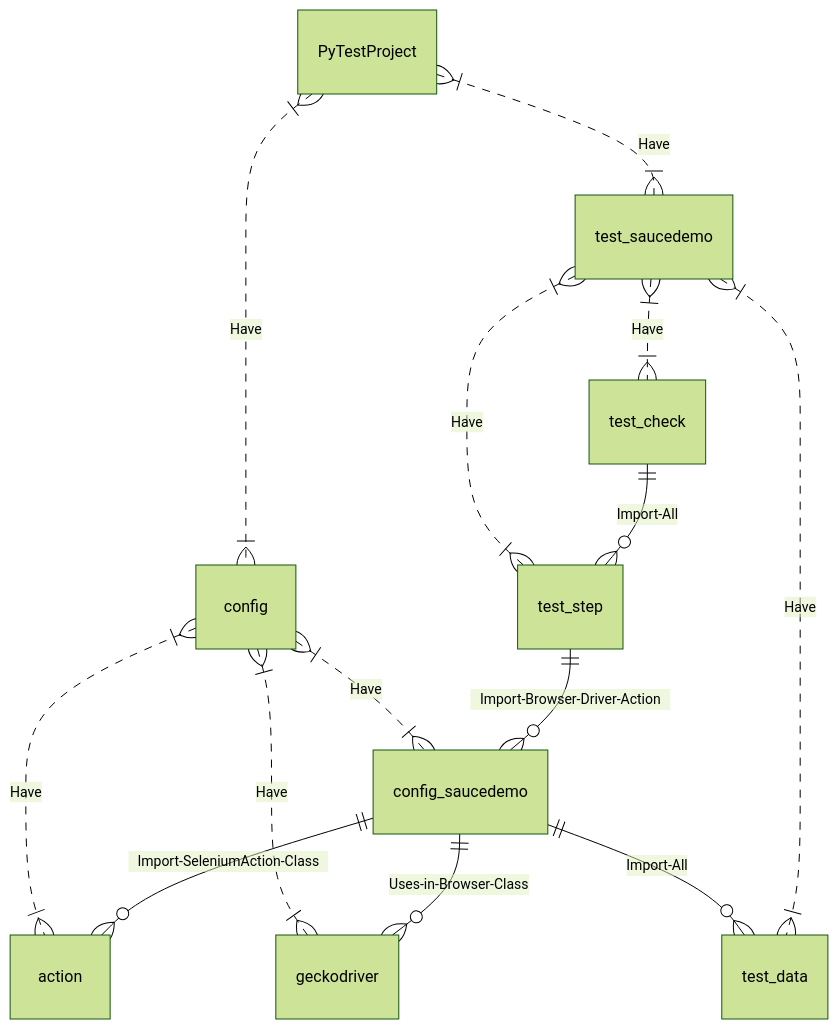
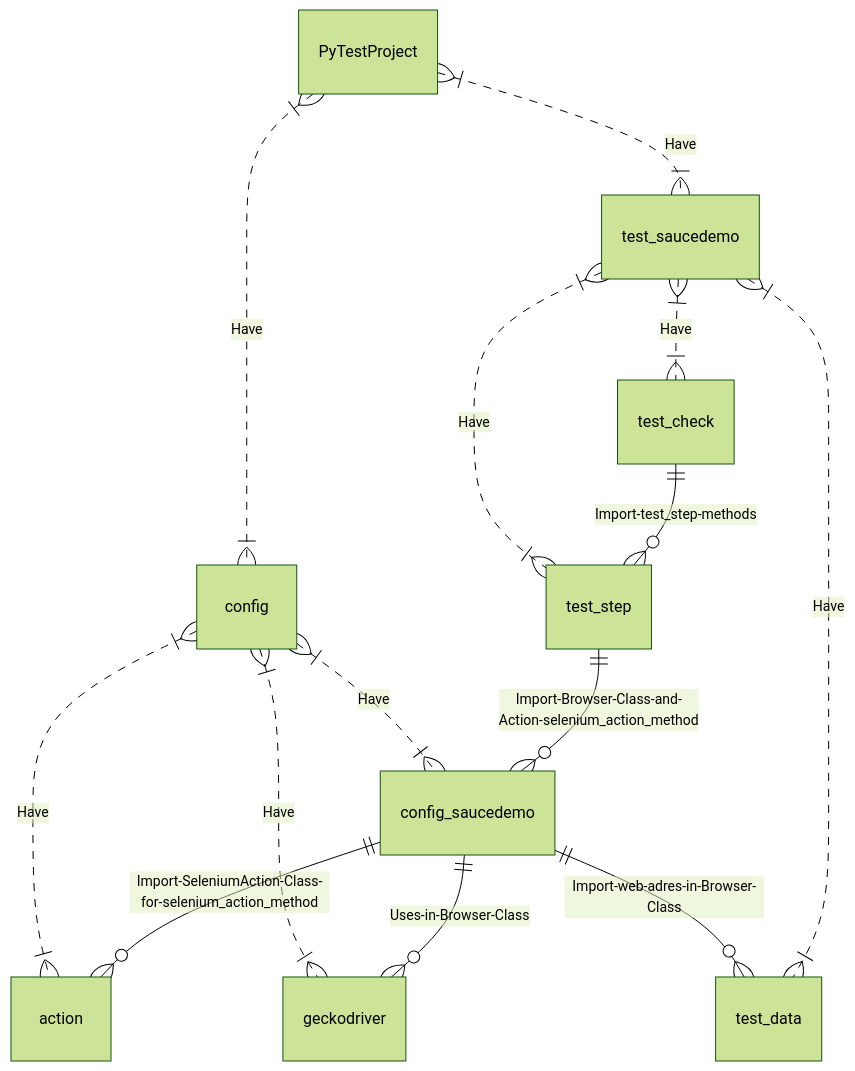
One commit to shipuchkoz/vzhuh changed the second of 2 diagrams in README.md. Above: the diagram before and after it, drawn with Mermaid (forest theme). The commit also changed other lines of this file, not shown here.

````diff
--- a/README.md
+++ b/README.md
@@ -6,16 +23,16 @@
 ```mermaid
 erDiagram
     PyTestProject }|..|{ config : Have
     config }|..|{ action : Have
     config }|..|{ geckodriver : Have
     config }|..|{ config_saucedemo : Have
     config_saucedemo ||--o{ geckodriver : Uses-in-Browser-Class
-    config_saucedemo ||--o{ action : Import-SeleniumAction-Class
-    config_saucedemo ||--o{ test_data : Import-All
+    config_saucedemo ||--o{ action : Import-SeleniumAction-Class-for-selenium_action_method
+    config_saucedemo ||--o{ test_data : Import-web-adres-in-Browser-Class
     PyTestProject }|..|{ test_saucedemo : Have
     test_saucedemo }|..|{ test_step : Have
     test_saucedemo }|..|{ test_check : Have
     test_saucedemo }|..|{ test_data : Have
-    test_step ||--o{ config_saucedemo : Import-Browser-Driver-Action
-    test_check ||--o{ test_step : Import-All
+    test_step ||--o{ config_saucedemo : Import-Browser-Class-and-Action-selenium_action_method
+    test_check ||--o{ test_step : Import-test_step-methods
 ```
````
